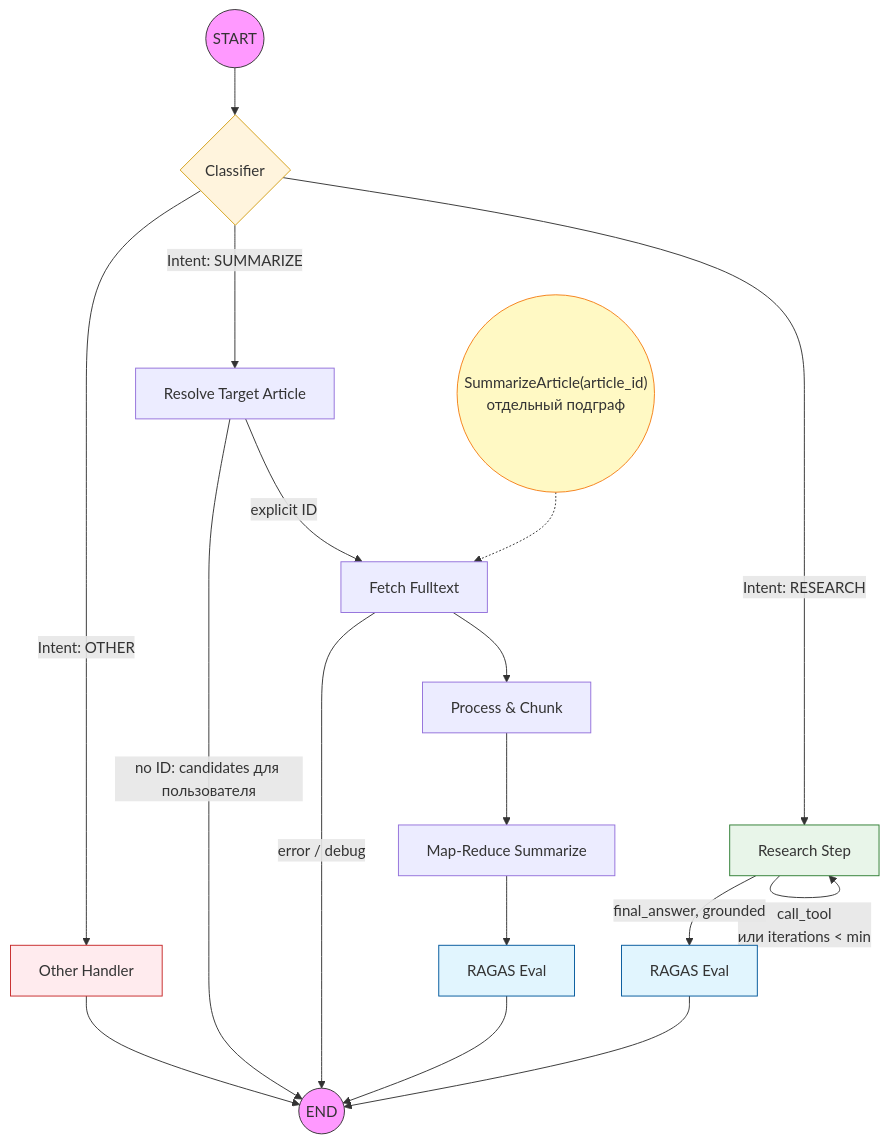
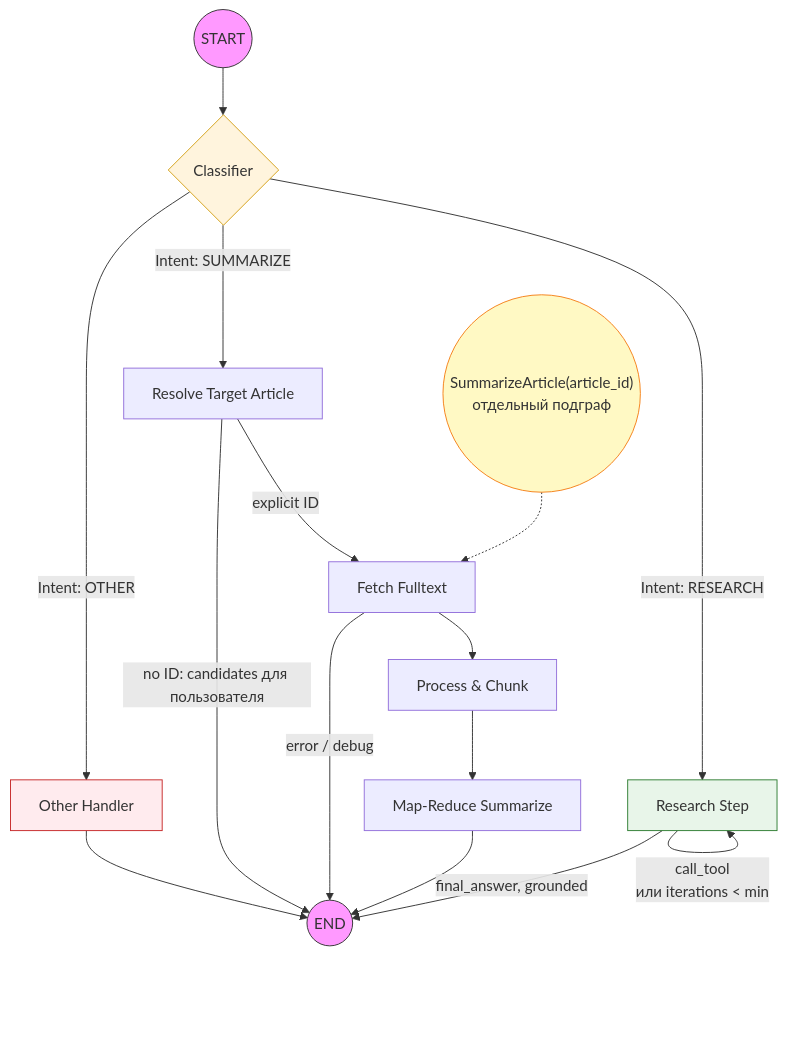
One commit to fluloeo/ArxivArticlesResearchAgent changed the first of 2 diagrams in README.md. Above: the diagram before and after it, drawn with Mermaid. The commit also changed other lines of this file and 29 other files, not shown here.

Commit message:
streaming, graph, ui

````diff
--- a/README.md
+++ b/README.md
@@ -202,33 +81,29 @@
 ```mermaid
 graph TD
     Start((START)) --> Classifier{Classifier}
 
     Classifier -->|Intent: OTHER| OtherHandler[Other Handler]
     Classifier -->|Intent: SUMMARIZE| ResolveArticle[Resolve Target Article]
     Classifier -->|Intent: RESEARCH| ResearchStep[Research Step]
 
     OtherHandler --> End((END))
 
     ResolveArticle -->|explicit ID| FetchFulltext[Fetch Fulltext]
     ResolveArticle -->|no ID: candidates для пользователя| End
     FetchFulltext -->|error / debug| End
     FetchFulltext --> ProcessChunk[Process & Chunk]
     ProcessChunk --> MapReduce[Map-Reduce Summarize]
-    MapReduce --> Ragas[RAGAS Eval]
-    Ragas --> End
+    MapReduce --> End
 
     ResearchStep -->|call_tool<br/>или iterations < min| ResearchStep
-    ResearchStep -->|final_answer, grounded| Ragas2[RAGAS Eval]
-    Ragas2 --> End
+    ResearchStep -->|final_answer, grounded| End
 
     SummarizeRPC(("SummarizeArticle(article_id)<br/>отдельный подграф")) -.-> FetchFulltext
 
     style Start fill:#f9f,stroke:#333
     style End fill:#f9f,stroke:#333
     style Classifier fill:#fff4dd,stroke:#d4a017
-    style Ragas fill:#e1f5fe,stroke:#01579b
-    style Ragas2 fill:#e1f5fe,stroke:#01579b
     style OtherHandler fill:#ffebee,stroke:#c62828
     style ResearchStep fill:#e8f5e9,stroke:#2e7d32
     style SummarizeRPC fill:#fff9c4,stroke:#f57f17
 ```
````
